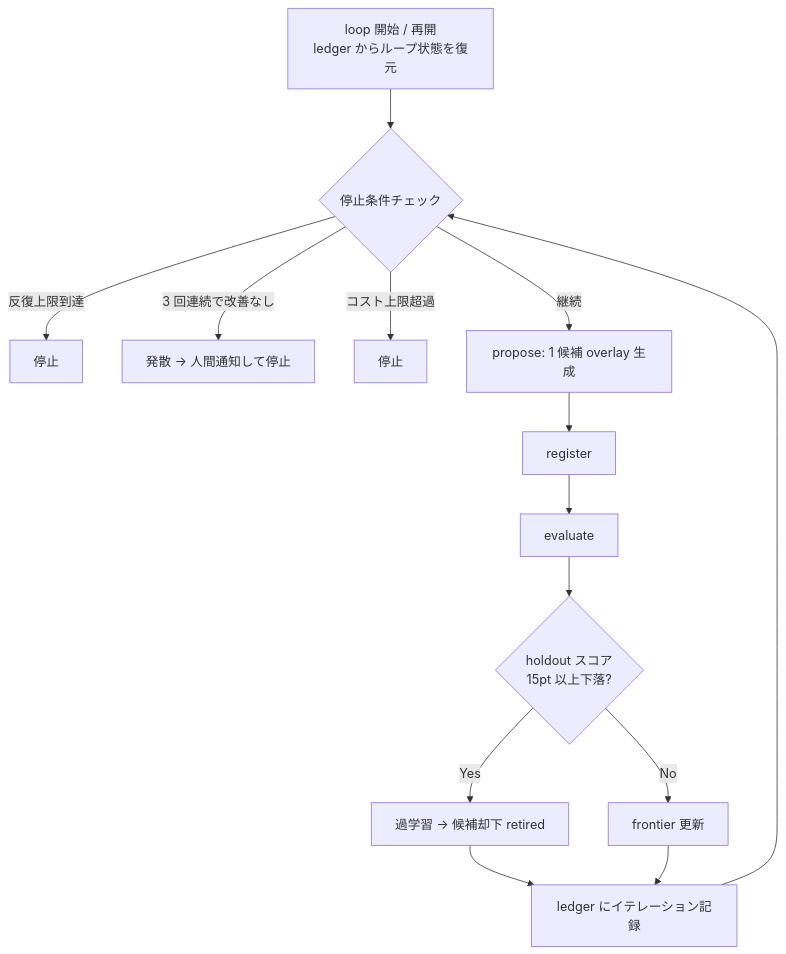
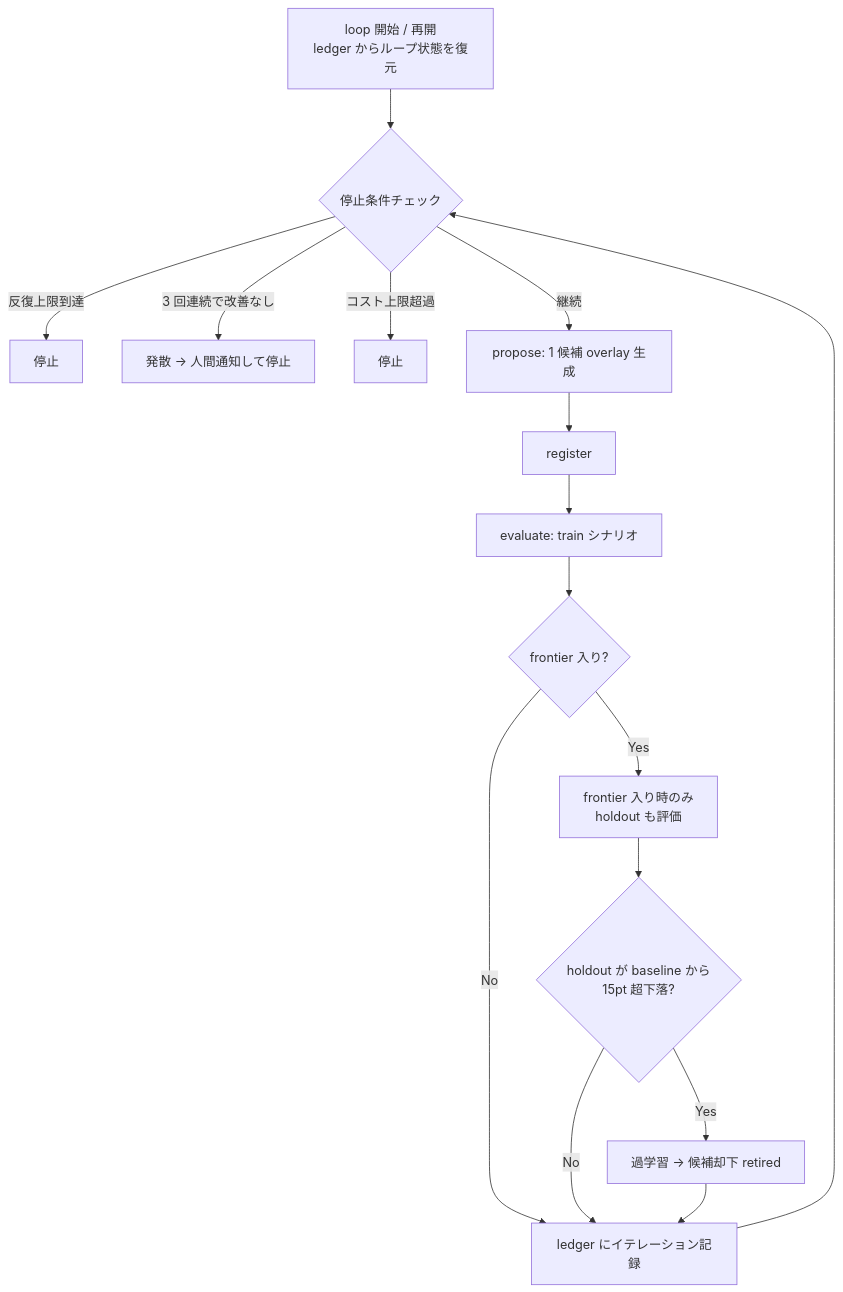
The sixth of 6 diagrams in docs/guides/meta-harness.md (yoshihiko555/ai-orchestra), drawn with Mermaid before and after one commit. The commit also changed other lines of this file and 1 other file, not shown here.

First line of the commit message:
fix(docs): review-respond 指摘対応（コマンド例・details 閉じ・loop 図の順序）

````diff
--- a/docs/guides/meta-harness.md
+++ b/docs/guides/meta-harness.md
@@ -250,16 +250,18 @@
 ```mermaid
 flowchart TD
     A[loop 開始 / 再開<br/>ledger からループ状態を復元] --> B{停止条件チェック}
     B -- 反復上限到達 --> Z[停止]
     B -- 3 回連続で改善なし --> Z2[発散 → 人間通知して停止]
     B -- コスト上限超過 --> Z3[停止]
     B -- 継続 --> C[propose: 1 候補 overlay 生成]
     C --> D[register]
-    D --> E[evaluate]
-    E --> F{holdout スコア<br/>15pt 以上下落?}
+    D --> E[evaluate: train シナリオ]
+    E --> H{frontier 入り?}
+    H -- No --> I[ledger にイテレーション記録]
+    H -- Yes --> HO[frontier 入り時のみ<br/>holdout も評価]
+    HO --> F{holdout が baseline から<br/>15pt 超下落?}
     F -- Yes --> G[過学習 → 候補却下 retired]
-    F -- No --> H[frontier 更新]
-    G --> I[ledger にイテレーション記録]
-    H --> I
+    F -- No --> I
+    G --> I
     I --> B
 ```
````
